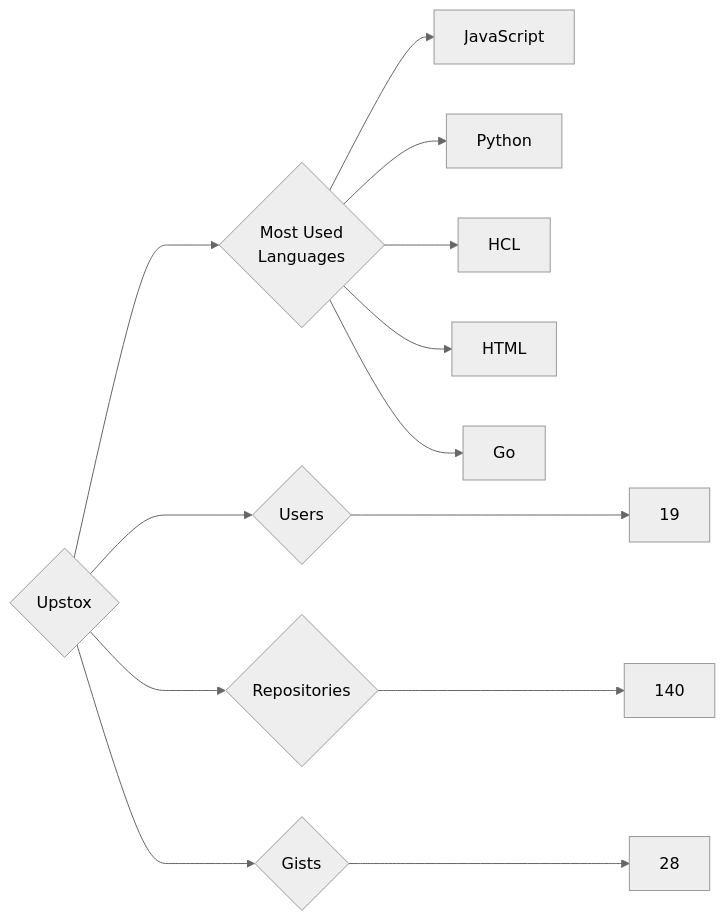
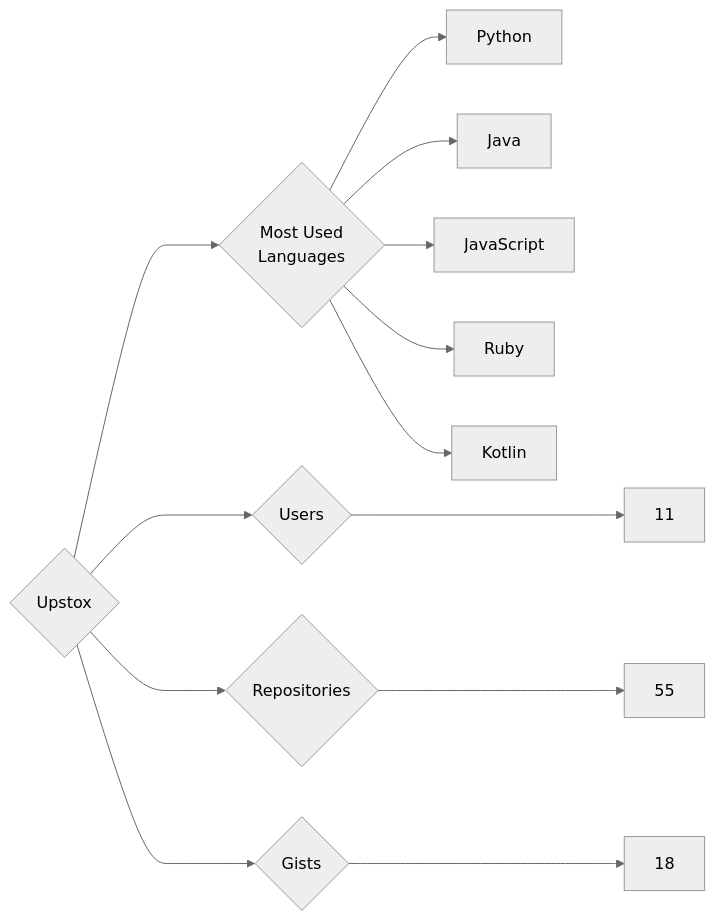
One commit to trickest/insiders changed the diagram in targets/Upstox/README.md. Above: the diagram before and after it, drawn with Mermaid (neutral theme). The commit also changed 948 other files, not shown here.

````diff
--- a/targets/Upstox/README.md
+++ b/targets/Upstox/README.md
@@ -3,13 +3,13 @@
 ```mermaid
 graph LR
 COMPANY_NAME{Upstox}
-COMPANY_NAME ---> U{Users} ---> UN[19]
-COMPANY_NAME ---> R{Repositories} ---> RN[140]
-COMPANY_NAME ---> G{Gists} ---> GN[28]
+COMPANY_NAME ---> U{Users} ---> UN[11]
+COMPANY_NAME ---> R{Repositories} ---> RN[55]
+COMPANY_NAME ---> G{Gists} ---> GN[18]
 COMPANY_NAME ---> ML{Most Used<br>Languages}
+ML --> Python[Python]
+ML --> Java[Java]
 ML --> JavaScript[JavaScript]
-ML --> Python[Python]
-ML --> HCL[HCL]
-ML --> HTML[HTML]
-ML --> Go[Go]
+ML --> Ruby[Ruby]
+ML --> Kotlin[Kotlin]
 ```
````
